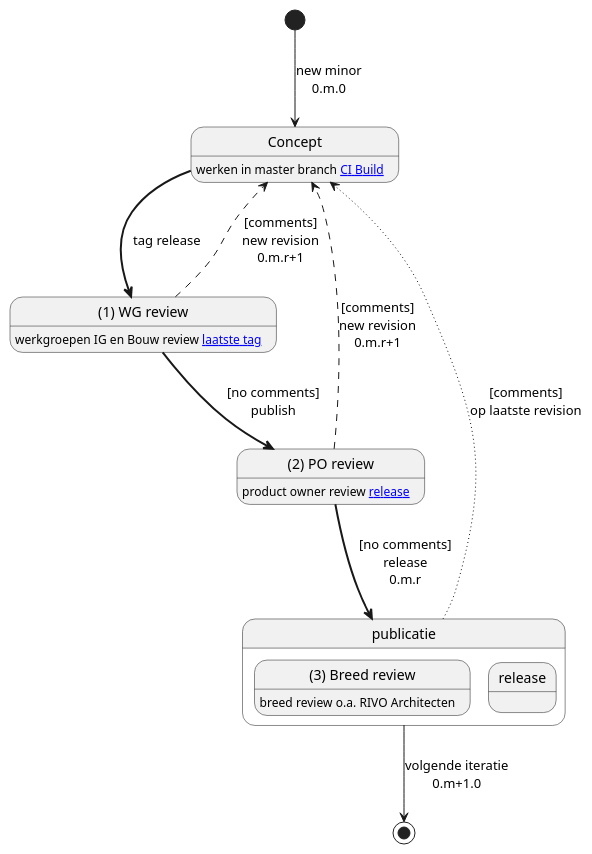
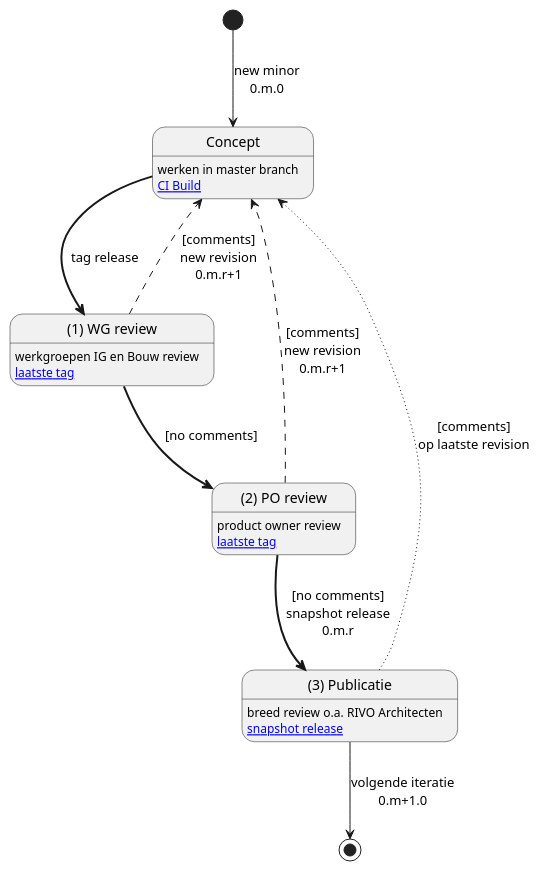
The diagram in input/images-source/Review-Workflow.plantuml (RIVO-Noord/zorgviewer-ig), drawn with PlantUML before and after one commit. The commit also changed 1 other file, not shown here.

```diff
--- a/input/images-source/Review-Workflow.plantuml
+++ b/input/images-source/Review-Workflow.plantuml
@@ -1,26 +1,22 @@
 @startuml 
 
 state "Concept" as concept
 state "(1) WG review" as WGreview
 state "(2) PO review" as POreview
 
-concept : werken in master branch [[https://build.fhir.org/ig/RIVO-Noord/zorgviewer-ig/ CI Build]]
-WGreview : werkgroepen IG en Bouw review [[https://build.fhir.org/ig/RIVO-Noord/zorgviewer-ig/branches/ laatste tag]]
-POreview : product owner review [[https://vdzel.home.xs4all.nl/zorgviewer-ig/ release]]
+concept : werken in master branch\n[[https://build.fhir.org/ig/RIVO-Noord/zorgviewer-ig/ CI Build]]
+WGreview : werkgroepen IG en Bouw review\n[[https://build.fhir.org/ig/RIVO-Noord/zorgviewer-ig/branches/ laatste tag]]
+POreview : product owner review\n[[https://build.fhir.org/ig/RIVO-Noord/zorgviewer-ig/branches/ laatste tag]]
 
 [*] --> concept : new minor\n0.m.0
 concept -[bold]-> WGreview : tag release
 WGreview -[dashed]-> concept : [comments]\nnew revision\n0.m.r+1 
-WGreview -[bold]-> POreview : [no comments]\npublish
+WGreview -[bold]-> POreview : [no comments]
 POreview -[dashed]-> concept : [comments]\nnew revision\n0.m.r+1 
-POreview -[bold]-> publicatie : [no comments]\nrelease\n0.m.r
+POreview -[bold]-> publicatie : [no comments]\nsnapshot release\n0.m.r
+state "(3) Publicatie" as publicatie
 publicatie --> [*] : volgende iteratie\n0.m+1.0
 publicatie -[dotted]-> concept : [comments]\nop laatste revision
-
-state publicatie {
-   state "(3) Breed review" as BRreview
-   BRreview : breed review o.a. RIVO Architecten
-   state release
-  }
+publicatie : breed review o.a. RIVO Architecten\n[[https://implementatiegids.zorgviewer.nl snapshot release]]
 
 @enduml
```
